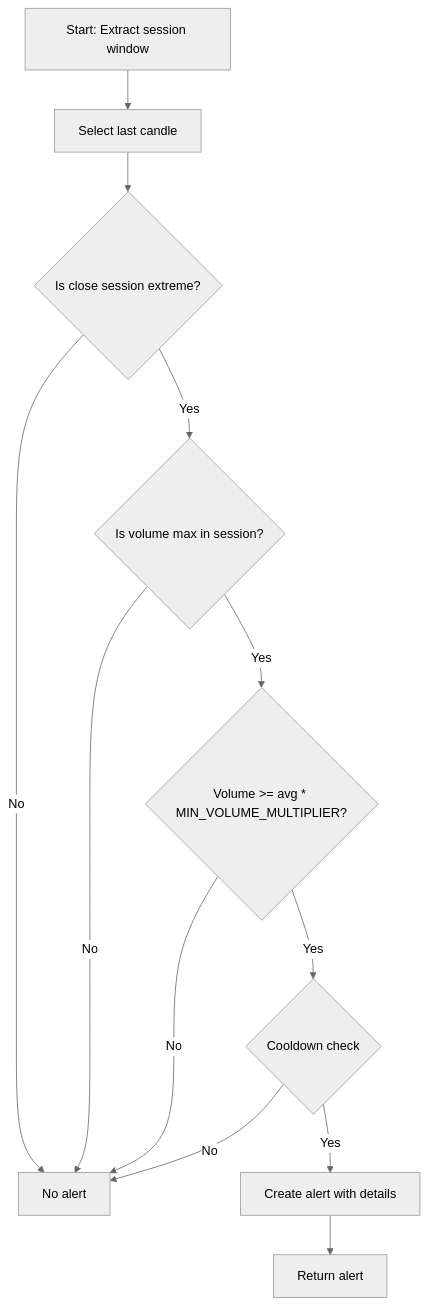
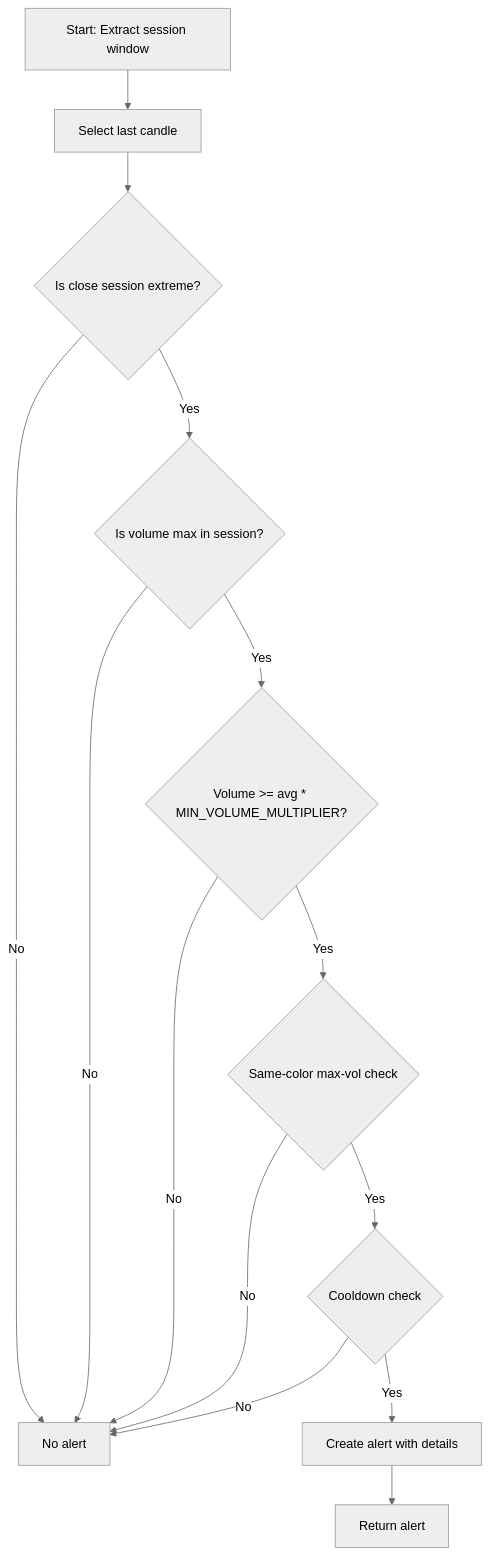
Before and after one commit to haud-tech-org/stock_trading: the diagram in docs/algorithms/SESSION_EXTREME_VOLUME_REVERSAL.md, drawn with Mermaid (neutral theme). The commit also changed other lines of this file and 3 other files, not shown here.

````diff
--- a/docs/algorithms/SESSION_EXTREME_VOLUME_REVERSAL.md
+++ b/docs/algorithms/SESSION_EXTREME_VOLUME_REVERSAL.md
@@ -25,14 +68,16 @@
 ```mermaid
 flowchart TD
     A[Start: Extract session window] --> B[Select last candle]
     B --> C{Is close session extreme?}
     C -- No --> Z[No alert]
     C -- Yes --> D{Is volume max in session?}
     D -- No --> Z
     D -- Yes --> E{Volume >= avg * MIN_VOLUME_MULTIPLIER?}
     E -- No --> Z
-    E -- Yes --> F{Cooldown check}
+    E -- Yes --> F{Same-color max-vol check}
     F -- No --> Z
-    F -- Yes --> G[Create alert with details]
-    G --> H[Return alert]
+    F -- Yes --> G{Cooldown check}
+    G -- No --> Z
+    G -- Yes --> H[Create alert with details]
+    H --> I[Return alert]
 ```
````
